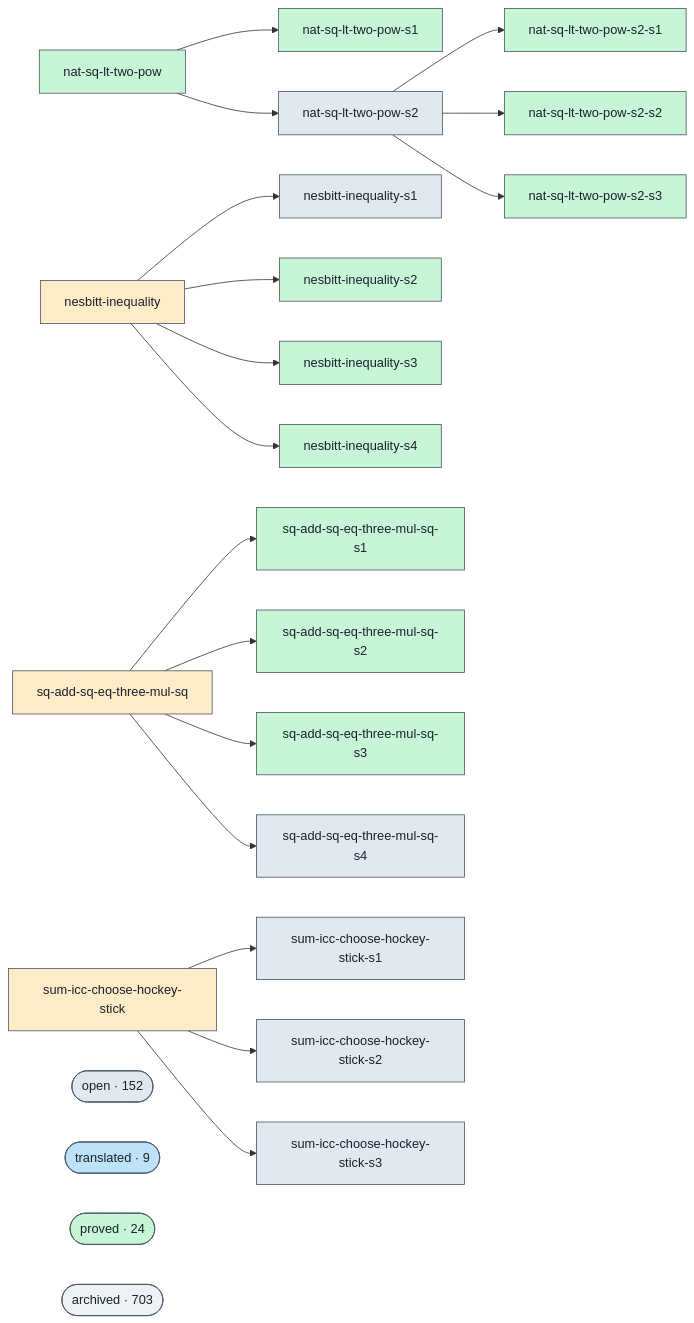
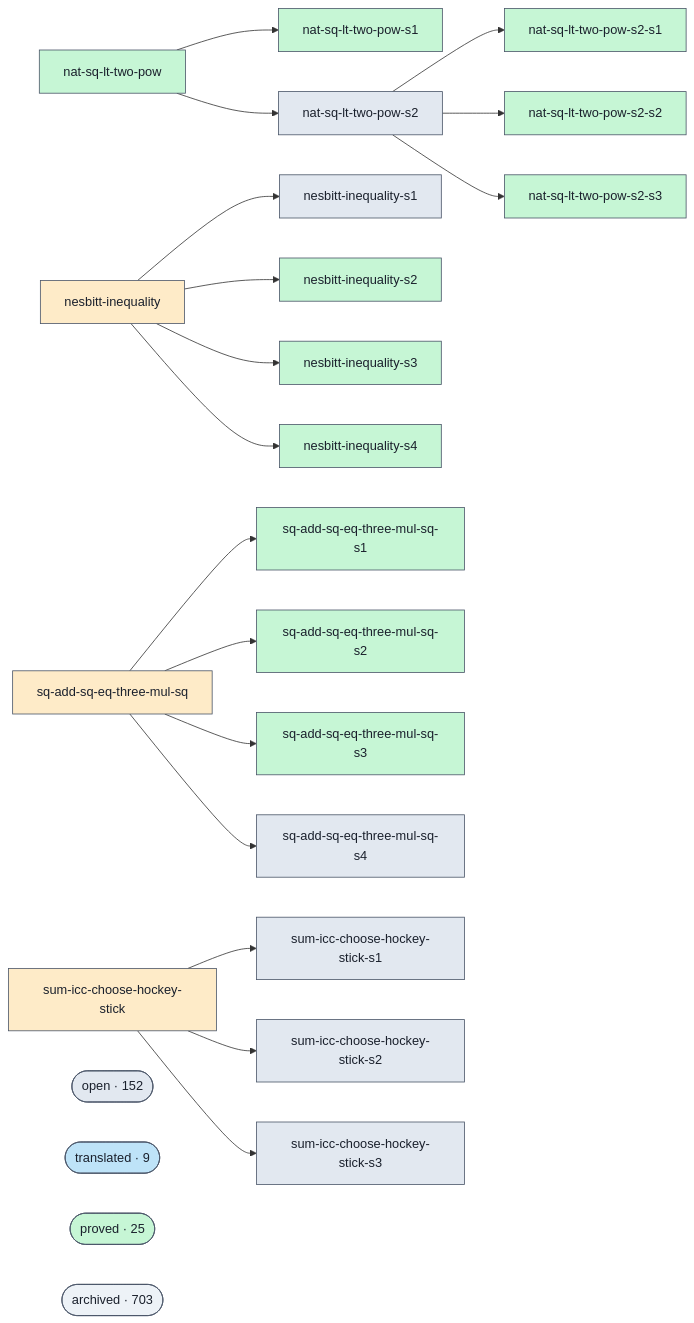
The diagram in docs/proofs-contributors-visualisation.md (Rauxon/unsorry), drawn with Mermaid before and after one commit. The commit also changed other lines of this file and 2 other files, not shown here.

```diff
--- a/docs/proofs-contributors-visualisation.md
+++ b/docs/proofs-contributors-visualisation.md
@@ -102,7 +102,7 @@
   class cluster_open open;
   cluster_translated(["translated · 9"])
   class cluster_translated translated;
-  cluster_proved(["proved · 24"])
+  cluster_proved(["proved · 25"])
   class cluster_proved proved;
   cluster_archived(["archived · 703"])
   class cluster_archived unknown;
```
